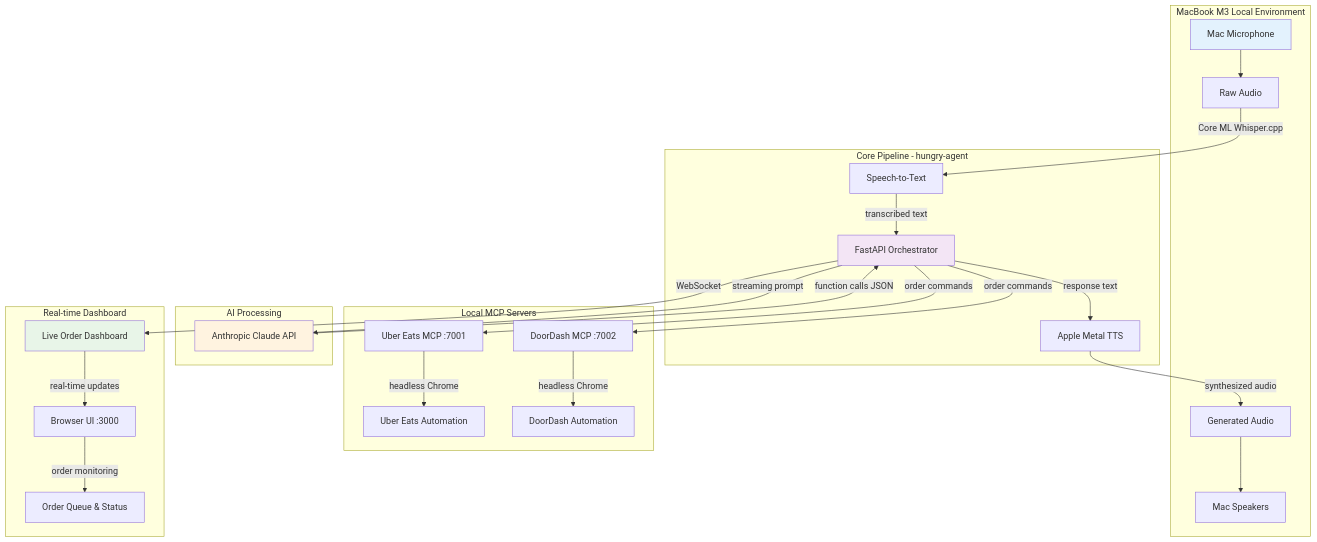
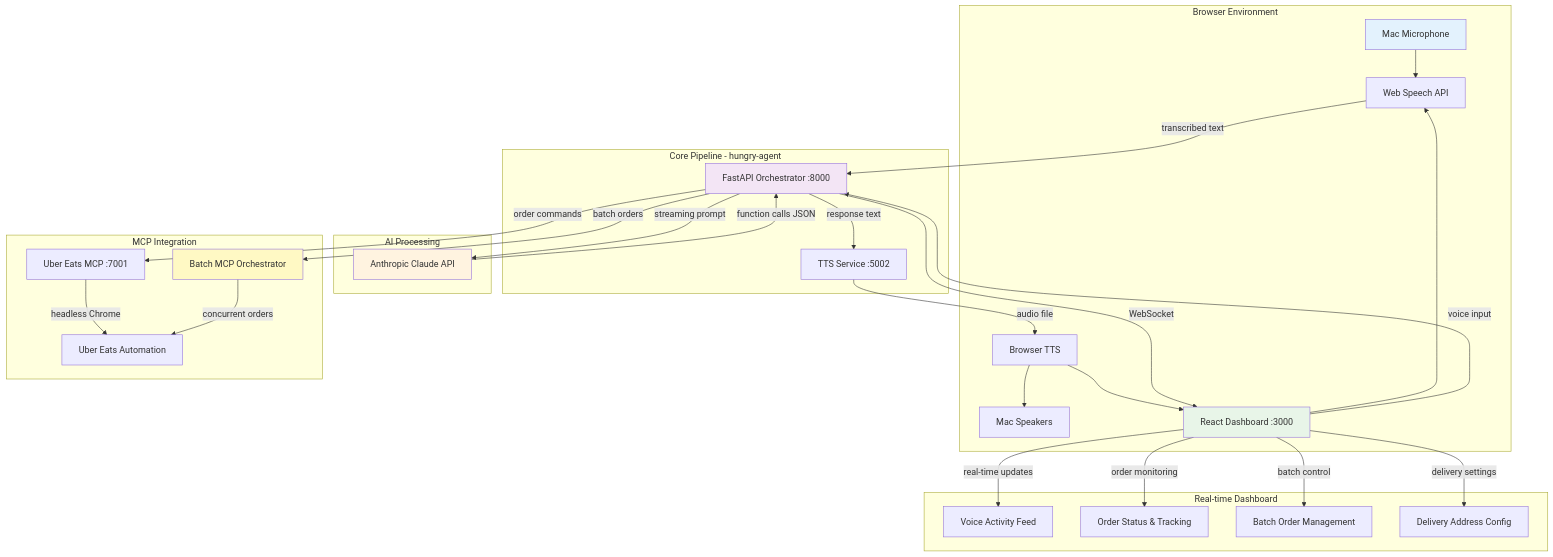
One commit to 468-Ventures-June-2025-Hackathon-ATX/hungry-agent changed the diagram in ARCHITECTURE.md. Above: the diagram before and after it, drawn with Mermaid. The commit also changed other lines of this file and 2 other files, not shown here.

First line of the commit message:
docs: Update documentation to reflect actual browser-based implementation

````diff
--- a/ARCHITECTURE.md
+++ b/ARCHITECTURE.md
@@ -5,37 +5,42 @@
 ```mermaid
 graph TD
-    subgraph MacBook M3 Local Environment
-        MIC[Mac Microphone] --> PCM[Raw Audio]
-        WAV[Generated Audio] --> SPKR[Mac Speakers]
+    subgraph Browser Environment
+        MIC[Mac Microphone] --> BROWSER_STT[Web Speech API]
+        BROWSER_TTS[Browser TTS] --> SPKR[Mac Speakers]
+        UI[React Dashboard :3000] --> BROWSER_STT
+        BROWSER_TTS --> UI
     end
 
     subgraph Core Pipeline - hungry-agent
-        PCM -->|Core ML Whisper.cpp| STT[Speech-to-Text]
-        STT -->|transcribed text| ORCH[FastAPI Orchestrator]
-        ORCH -->|response text| TTS[Apple Metal TTS]
-        TTS -->|synthesized audio| WAV
+        BROWSER_STT -->|transcribed text| ORCH[FastAPI Orchestrator :8000]
+        ORCH -->|response text| TTS_SERVICE[TTS Service :5002]
+        TTS_SERVICE -->|audio file| BROWSER_TTS
     end
 
     subgraph AI Processing
         ORCH -->|streaming prompt| CLAUDE[Anthropic Claude API]
         CLAUDE -->|function calls JSON| ORCH
     end
 
-    subgraph Local MCP Servers
+    subgraph MCP Integration
         ORCH -->|order commands| UBER[Uber Eats MCP :7001]
-        ORCH -->|order commands| DD[DoorDash MCP :7002]
+        ORCH -->|batch orders| BATCH[Batch MCP Orchestrator]
         UBER -->|headless Chrome| UE_BROWSER[Uber Eats Automation]
-        DD -->|headless Chrome| DD_BROWSER[DoorDash Automation]
+        BATCH -->|concurrent orders| UE_BROWSER
     end
 
     subgraph Real-time Dashboard
-        ORCH -->|WebSocket| DASH[Live Order Dashboard]
-        DASH -->|real-time updates| UI[Browser UI :3000]
-        UI -->|order monitoring| QUEUE[Order Queue & Status]
+        ORCH -->|WebSocket| UI
+        UI -->|voice input| ORCH
+        UI -->|real-time updates| VOICE_ACTIVITY[Voice Activity Feed]
+        UI -->|order monitoring| ORDER_STATUS[Order Status & Tracking]
+        UI -->|batch control| BATCH_UI[Batch Order Management]
+        UI -->|delivery settings| DELIVERY[Delivery Address Config]
     end
 
     style MIC fill:#e3f2fd
     style ORCH fill:#f3e5f5
     style CLAUDE fill:#fff3e0
-    style DASH fill:#e8f5e8
+    style UI fill:#e8f5e8
+    style BATCH fill:#fff9c4
 ```
````
